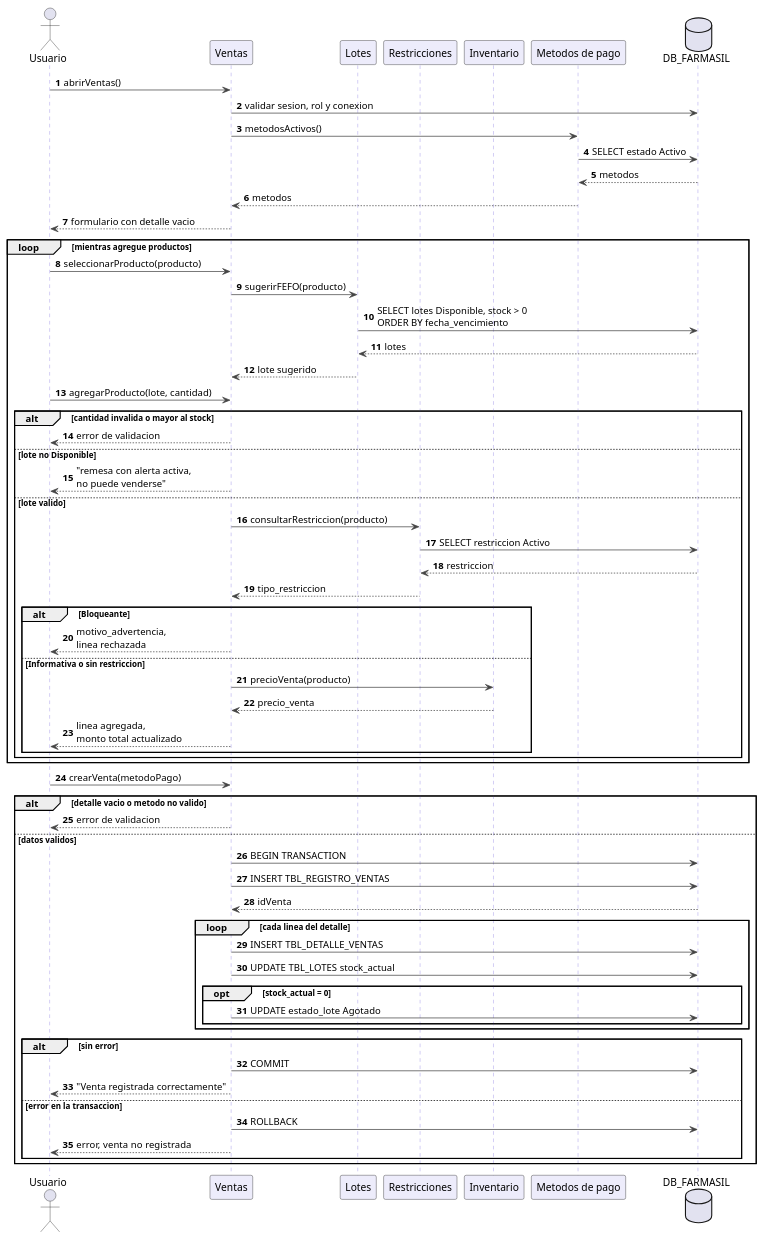
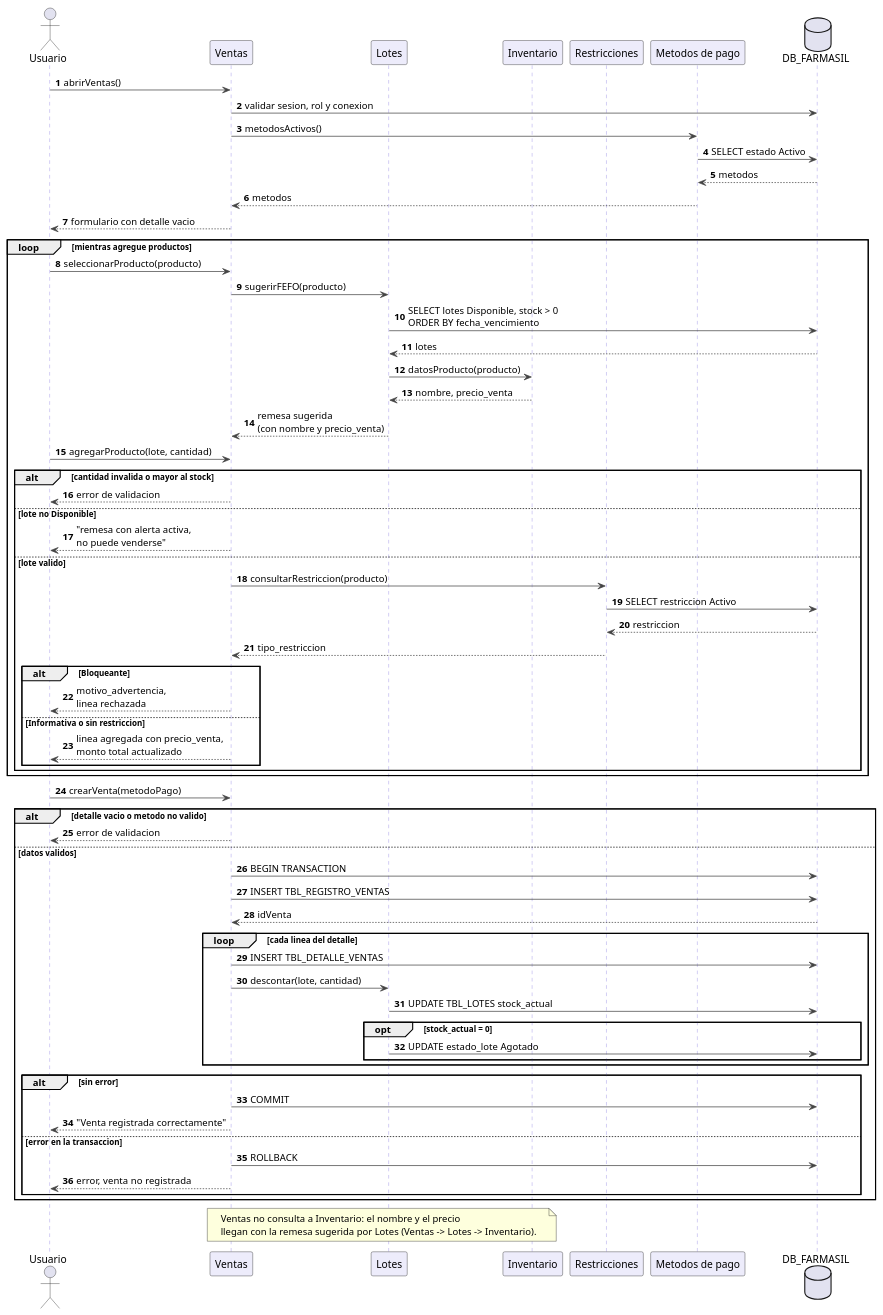
One commit to Luis-Ayben-Chahua-Charca/Farmasil_App changed the diagram in docs/diagramas/plaintext-Comportamiento/SEC-01_Venta.puml. Above: the diagram before and after it, drawn with PlantUML. The commit also changed 25 other files, not shown here.

First line of the commit message:
Docs/50 diagramas vista logica (#61)

```diff
--- a/docs/diagramas/plaintext-Comportamiento/SEC-01_Venta.puml
+++ b/docs/diagramas/plaintext-Comportamiento/SEC-01_Venta.puml
@@ -1,73 +1,79 @@
 @startuml SEC-01_Venta
 autonumber
 skinparam sequence {
   ArrowColor #444444
   LifeLineBorderColor #8577E0
   ParticipantBackgroundColor #EDECFB
 }
 
 actor "Usuario" as U
 participant "Ventas" as V
 participant "Lotes" as L
+participant "Inventario" as I
 participant "Restricciones" as R
-participant "Inventario" as I
 participant "Metodos de pago" as M
 database "DB_FARMASIL" as D
 
 U -> V : abrirVentas()
 V -> D : validar sesion, rol y conexion
 V -> M : metodosActivos()
 M -> D : SELECT estado Activo
 D --> M : metodos
 M --> V : metodos
 V --> U : formulario con detalle vacio
 
 loop mientras agregue productos
   U -> V : seleccionarProducto(producto)
   V -> L : sugerirFEFO(producto)
   L -> D : SELECT lotes Disponible, stock > 0\nORDER BY fecha_vencimiento
   D --> L : lotes
-  L --> V : lote sugerido
+  L -> I : datosProducto(producto)
+  I --> L : nombre, precio_venta
+  L --> V : remesa sugerida\n(con nombre y precio_venta)
   U -> V : agregarProducto(lote, cantidad)
   alt cantidad invalida o mayor al stock
     V --> U : error de validacion
   else lote no Disponible
     V --> U : "remesa con alerta activa,\nno puede venderse"
   else lote valido
     V -> R : consultarRestriccion(producto)
     R -> D : SELECT restriccion Activo
     D --> R : restriccion
     R --> V : tipo_restriccion
     alt Bloqueante
       V --> U : motivo_advertencia,\nlinea rechazada
     else Informativa o sin restriccion
-      V -> I : precioVenta(producto)
-      I --> V : precio_venta
-      V --> U : linea agregada,\nmonto total actualizado
+      V --> U : linea agregada con precio_venta,\nmonto total actualizado
     end
   end
 end
 
 U -> V : crearVenta(metodoPago)
 alt detalle vacio o metodo no valido
   V --> U : error de validacion
 else datos validos
   V -> D : BEGIN TRANSACTION
   V -> D : INSERT TBL_REGISTRO_VENTAS
   D --> V : idVenta
   loop cada linea del detalle
     V -> D : INSERT TBL_DETALLE_VENTAS
-    V -> D : UPDATE TBL_LOTES stock_actual
+    V -> L : descontar(lote, cantidad)
+    L -> D : UPDATE TBL_LOTES stock_actual
     opt stock_actual = 0
-      V -> D : UPDATE estado_lote Agotado
+      L -> D : UPDATE estado_lote Agotado
     end
   end
   alt sin error
     V -> D : COMMIT
     V --> U : "Venta registrada correctamente"
   else error en la transaccion
     V -> D : ROLLBACK
     V --> U : error, venta no registrada
   end
 end
+
+note over V, I
+  Ventas no consulta a Inventario: el nombre y el precio
+  llegan con la remesa sugerida por Lotes (Ventas -> Lotes -> Inventario).
+end note
 @enduml
```
